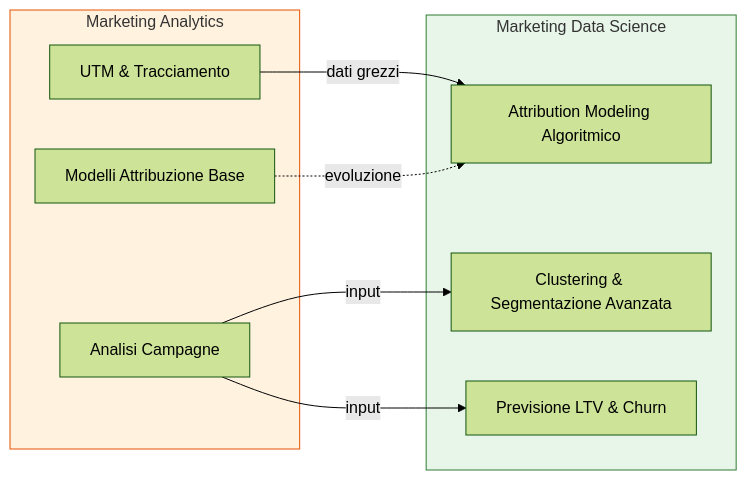
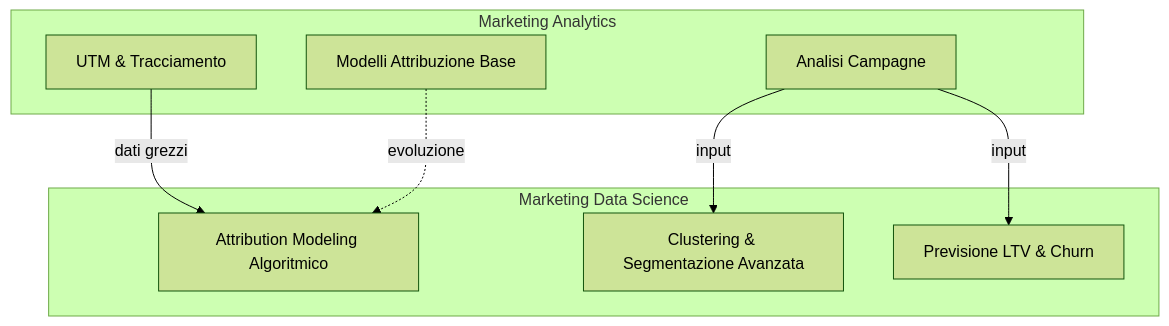
Before and after one commit to AndreyBertasini/gynnitech: the second of 6 diagrams in src/content/corso/panoramica/mappe-concettuali.mdx, drawn with Mermaid (forest theme). The commit also changed other lines of this file and 110 other files, not shown here.

First line of the commit message:
chore(content): optimize mermaid diagrams for mobile and dark theme

````diff
--- a/src/content/corso/panoramica/mappe-concettuali.mdx
+++ b/src/content/corso/panoramica/mappe-concettuali.mdx
@@ -92,22 +89,20 @@
 ```mermaid
-flowchart LR
+flowchart TD
     subgraph MA [Marketing Analytics]
         A1[UTM & Tracciamento]
         A2[Modelli Attribuzione Base]
         A3[Analisi Campagne]
     end
 
     subgraph MDS [Marketing Data Science]
         S1[Attribution Modeling Algoritmico]
         S2[Clustering & Segmentazione Avanzata]
         S3[Previsione LTV & Churn]
     end
 
     A1 -->|dati grezzi| S1
     A2 -.->|evoluzione| S1
     A3 -->|input| S2
     A3 -->|input| S3
 
-    style MA fill:#fff3e0,stroke:#e65100
-    style MDS fill:#e8f5e9,stroke:#2e7d32
 ```
````
